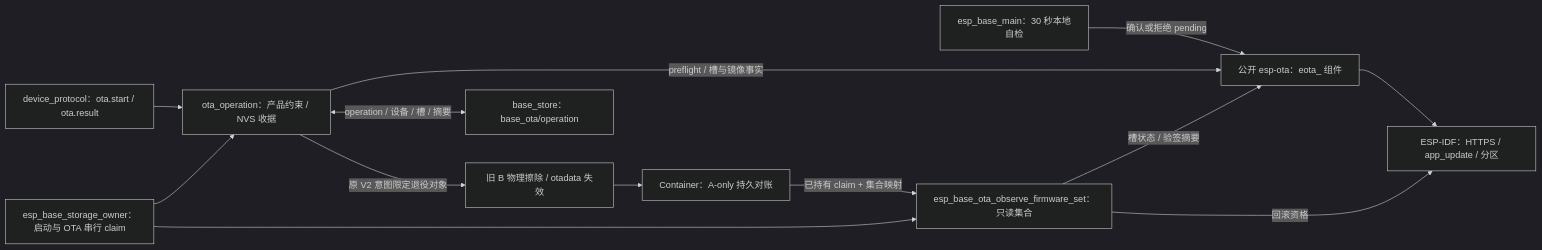
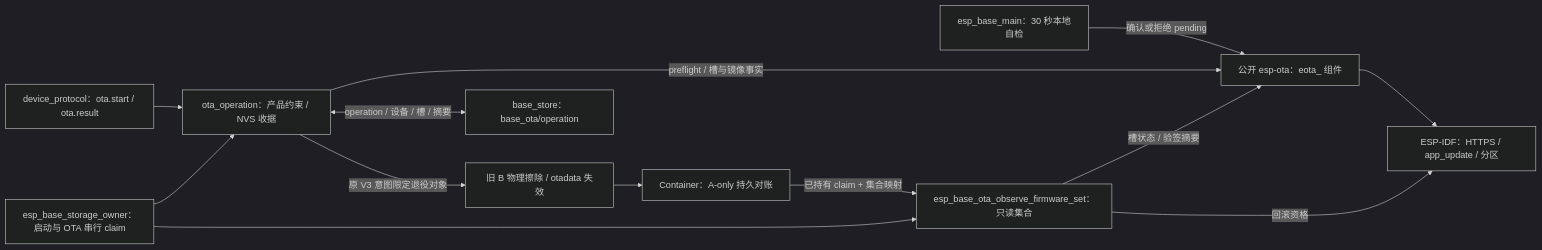
The diagram in firmware/components/ota_operation/README.md (darren-you/esp-base), drawn with Mermaid (dark theme) before and after one commit. The commit also changed other lines of this file and 15 other files, not shown here.

Commit message:
扩展 OTA V3 持久意图并保守阻断带包恢复

````diff
--- a/firmware/components/ota_operation/README.md
+++ b/firmware/components/ota_operation/README.md
@@ -9,15 +9,15 @@
 ```mermaid
 flowchart LR
     protocol["device_protocol：ota.start / ota.result"] --> operation["ota_operation：产品约束 / NVS 收据"]
     operation -->|"preflight / 槽与镜像事实"| library["公开 esp-ota：eota_ 组件"]
     operation <-->|"operation / 设备 / 槽 / 摘要"| nvs["base_store：base_ota/operation"]
-    operation -->|"原 V2 意图限定退役对象"| retire["旧 B 物理擦除 / otadata 失效"]
+    operation -->|"原 V3 意图限定退役对象"| retire["旧 B 物理擦除 / otadata 失效"]
     retire --> binding["Container：A-only 持久对账"]
     library --> idf["ESP-IDF：HTTPS / app_update / 分区"]
     app["esp_base_main：30 秒本地自检"] -->|"确认或拒绝 pending"| library
     firmware_set["esp_base_ota_observe_firmware_set：只读集合"] -->|"槽状态 / 验签摘要"| library
     firmware_set -->|"回滚资格"| idf
     owner["esp_base_storage_owner：启动与 OTA 串行 claim"] --> operation
     owner --> firmware_set
     binding -->|"已持有 claim + 集合映射"| firmware_set
 ```
````
